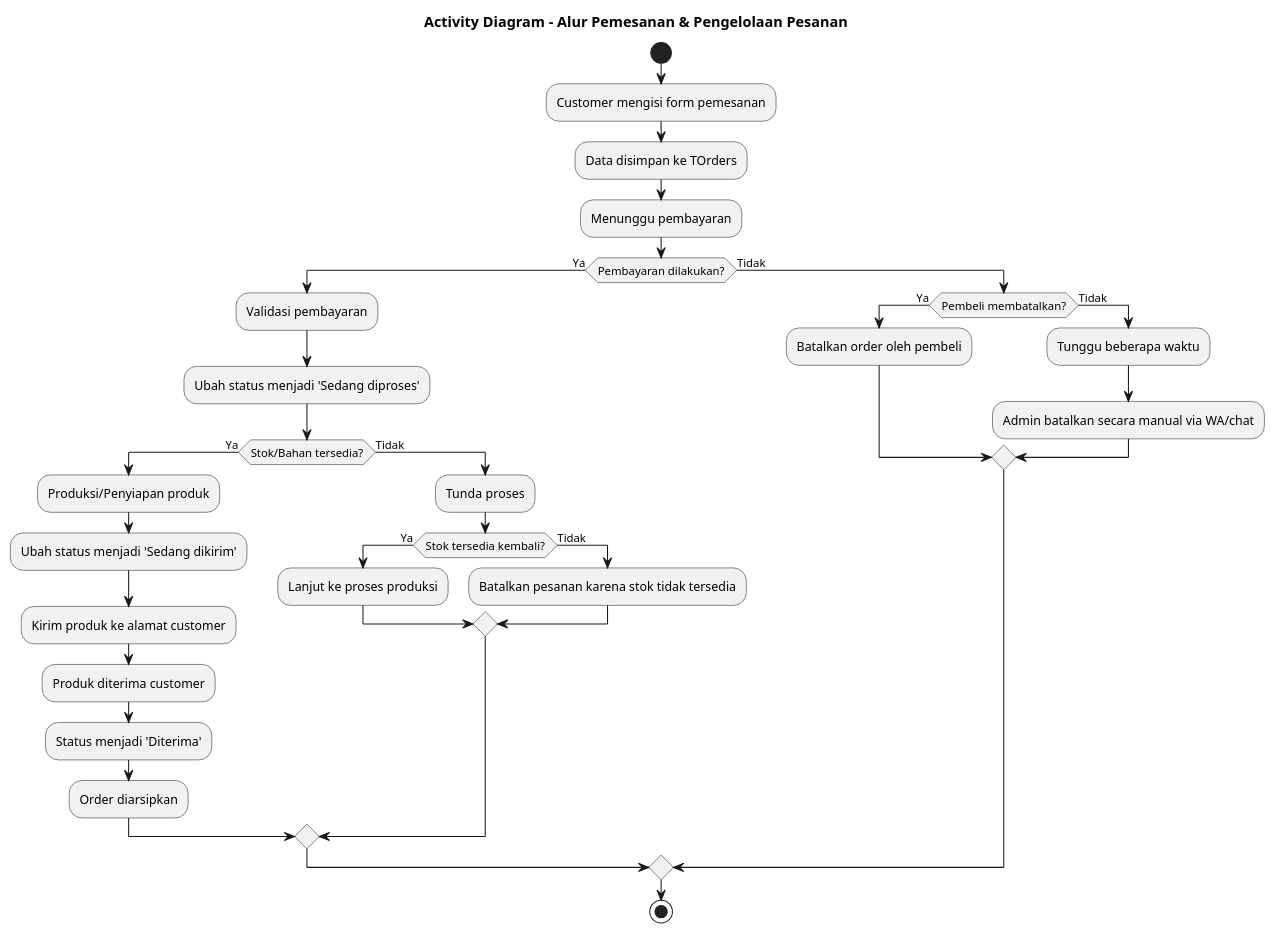
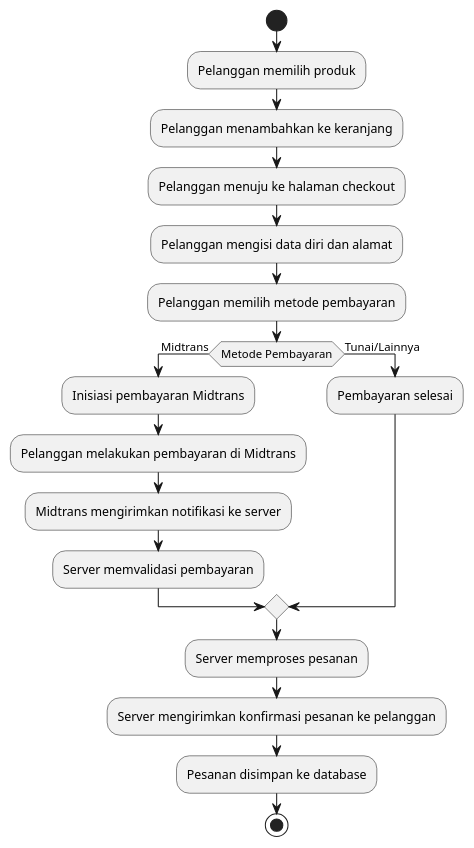
The first of 5 diagrams in activitydiagram.puml (ridwantaufk/order-kue), drawn with PlantUML before and after one commit. The commit also changed other lines of this file, not shown here.

Commit message:
perubahan activity diagram

```diff
--- a/activitydiagram.puml
+++ b/activitydiagram.puml
@@ -1,42 +4,24 @@
 @startuml
-title Activity Diagram – Alur Pemesanan & Pengelolaan Pesanan
-
 start
 
-:Customer mengisi form pemesanan;
-:Data disimpan ke TOrders;
+:Pelanggan memilih produk;
+:Pelanggan menambahkan ke keranjang;
+:Pelanggan menuju ke halaman checkout;
+:Pelanggan mengisi data diri dan alamat;
+:Pelanggan memilih metode pembayaran;
 
-:Menunggu pembayaran;
+if (Metode Pembayaran) then (Midtrans)
+    :Inisiasi pembayaran Midtrans;
+    :Pelanggan melakukan pembayaran di Midtrans;
+    :Midtrans mengirimkan notifikasi ke server;
+    :Server memvalidasi pembayaran;
+else (Tunai/Lainnya)
+    :Pembayaran selesai;
+endif
 
-if (Pembayaran dilakukan?) then (Ya)
-  :Validasi pembayaran;
-  :Ubah status menjadi 'Sedang diproses';
-  
-  if (Stok/Bahan tersedia?) then (Ya)
-    :Produksi/Penyiapan produk;
-    :Ubah status menjadi 'Sedang dikirim';
-    :Kirim produk ke alamat customer;
-
-    :Produk diterima customer;
-    :Status menjadi 'Diterima';
-    :Order diarsipkan;
-  else (Tidak)
-    :Tunda proses;
-    if (Stok tersedia kembali?) then (Ya)
-      :Lanjut ke proses produksi;
-    else (Tidak)
-      :Batalkan pesanan karena stok tidak tersedia;
-    endif
-  endif
-
-else (Tidak)
-  if (Pembeli membatalkan?) then (Ya)
-    :Batalkan order oleh pembeli;
-  else (Tidak)
-    :Tunggu beberapa waktu;
-    :Admin batalkan secara manual via WA/chat;
-  endif
-endif
+:Server memproses pesanan;
+:Server mengirimkan konfirmasi pesanan ke pelanggan;
+:Pesanan disimpan ke database;
 
 stop
 @enduml
```
